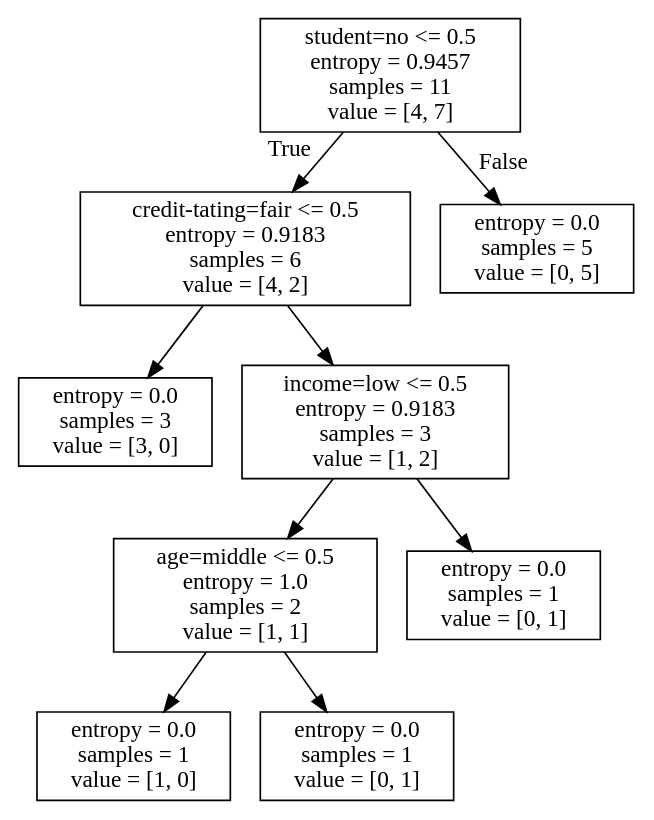
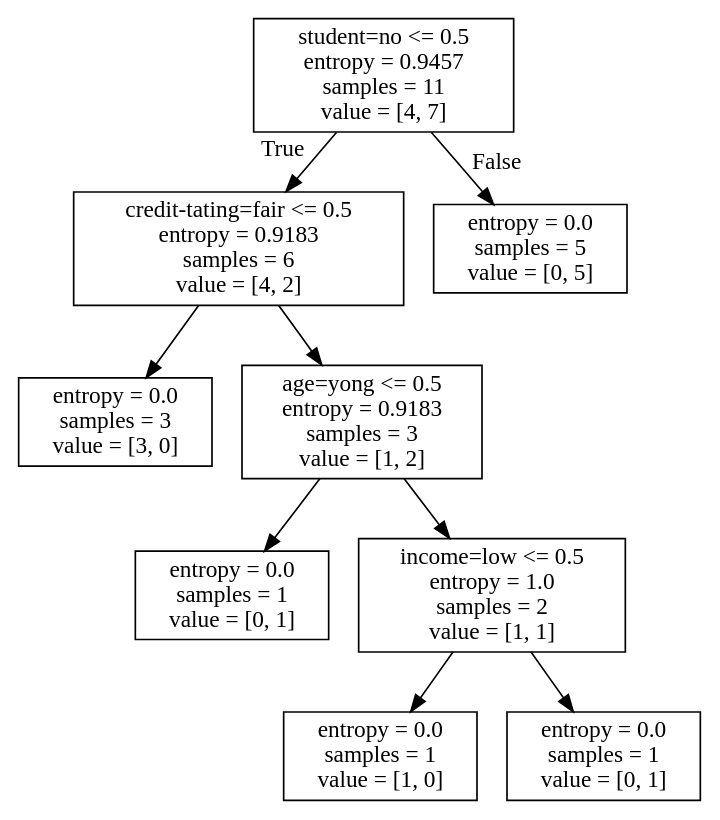
One commit to weizhen167/Deep-Learning changed the diagram in Decision tree/sample.dot. Above: the diagram before and after it, drawn with Graphviz. The commit also changed 5 other files, not shown here.

```diff
--- a/Decision tree/sample.dot
+++ b/Decision tree/sample.dot
@@ -1,20 +1,20 @@
 digraph Tree {
 node [shape=box] ;
 0 [label="student=no <= 0.5\nentropy = 0.9457\nsamples = 11\nvalue = [4, 7]"] ;
 1 [label="credit-tating=fair <= 0.5\nentropy = 0.9183\nsamples = 6\nvalue = [4, 2]"] ;
 0 -> 1 [labeldistance=2.5, labelangle=45, headlabel="True"] ;
 2 [label="entropy = 0.0\nsamples = 3\nvalue = [3, 0]"] ;
 1 -> 2 ;
-3 [label="income=low <= 0.5\nentropy = 0.9183\nsamples = 3\nvalue = [1, 2]"] ;
+3 [label="age=yong <= 0.5\nentropy = 0.9183\nsamples = 3\nvalue = [1, 2]"] ;
 1 -> 3 ;
-4 [label="age=middle <= 0.5\nentropy = 1.0\nsamples = 2\nvalue = [1, 1]"] ;
+4 [label="entropy = 0.0\nsamples = 1\nvalue = [0, 1]"] ;
 3 -> 4 ;
-5 [label="entropy = 0.0\nsamples = 1\nvalue = [1, 0]"] ;
-4 -> 5 ;
-6 [label="entropy = 0.0\nsamples = 1\nvalue = [0, 1]"] ;
-4 -> 6 ;
+5 [label="income=low <= 0.5\nentropy = 1.0\nsamples = 2\nvalue = [1, 1]"] ;
+3 -> 5 ;
+6 [label="entropy = 0.0\nsamples = 1\nvalue = [1, 0]"] ;
+5 -> 6 ;
 7 [label="entropy = 0.0\nsamples = 1\nvalue = [0, 1]"] ;
-3 -> 7 ;
+5 -> 7 ;
 8 [label="entropy = 0.0\nsamples = 5\nvalue = [0, 5]"] ;
 0 -> 8 [labeldistance=2.5, labelangle=-45, headlabel="False"] ;
 }
```
